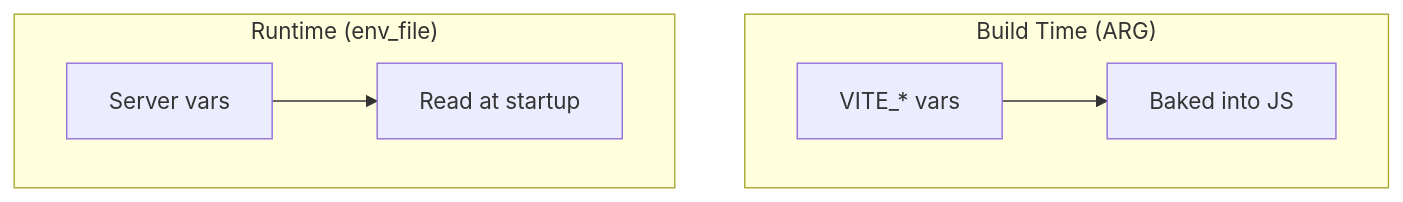
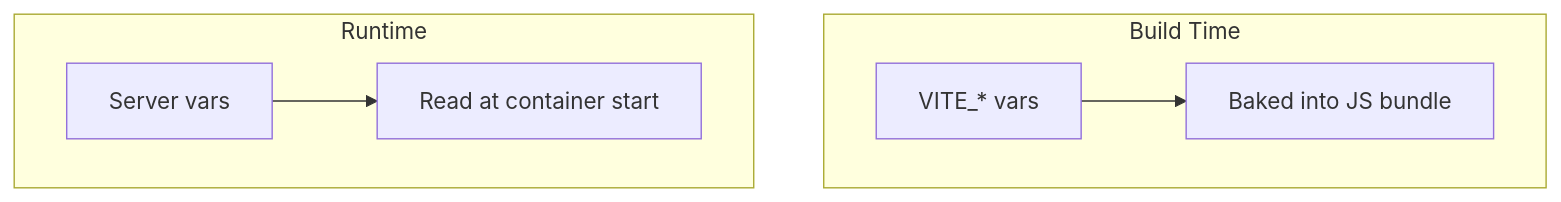
One commit to IsaiaScope/monorepoonfire changed the second of 2 diagrams in doc/environment-system-guide.md. Above: the diagram before and after it, drawn with Mermaid. The commit also changed other lines of this file and 48 other files, not shown here.

````diff
--- a/doc/environment-system-guide.md
+++ b/doc/environment-system-guide.md
@@ -75,10 +74,10 @@
 ```mermaid
-flowchart TB
-    subgraph build["Build Time (ARG)"]
-        V[VITE_* vars] --> VB[Baked into JS]
+graph TD
+    subgraph build["Build Time"]
+        V[VITE_* vars] --> VB[Baked into JS bundle]
     end
 
-    subgraph runtime["Runtime (env_file)"]
-        S[Server vars] --> RT[Read at startup]
+    subgraph runtime["Runtime"]
+        S[Server vars] --> RT[Read at container start]
     end
 ```
````
